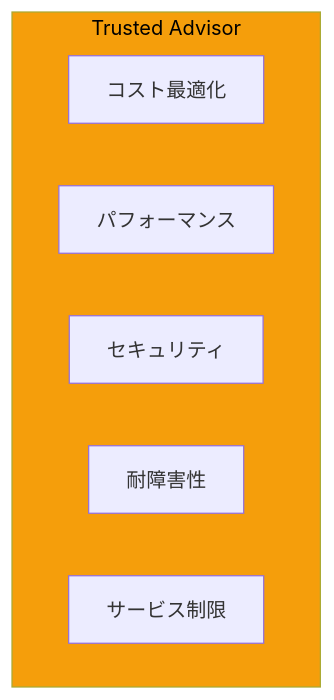
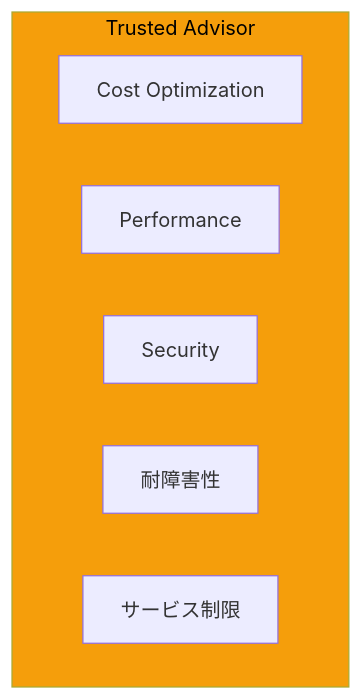
Before and after one commit to shunkus/shunku.net: the sixth of 11 diagrams in content/blog/ja/aws-cost-management.md, drawn with Mermaid. The commit also changed other lines of this file and 56 other files, not shown here.

````diff
--- a/content/blog/ja/aws-cost-management.md
+++ b/content/blog/ja/aws-cost-management.md
@@ -270,12 +270,12 @@
 ```mermaid
 flowchart TB
     subgraph TA["Trusted Advisor"]
-        Cost["コスト最適化"]
-        Performance["パフォーマンス"]
-        Security["セキュリティ"]
+        Cost["Cost Optimization"]
+        Performance["Performance"]
+        Security["Security"]
         FT["耐障害性"]
         Limits["サービス制限"]
     end
 
     style TA fill:#f59e0b,color:#000
 ```
````
